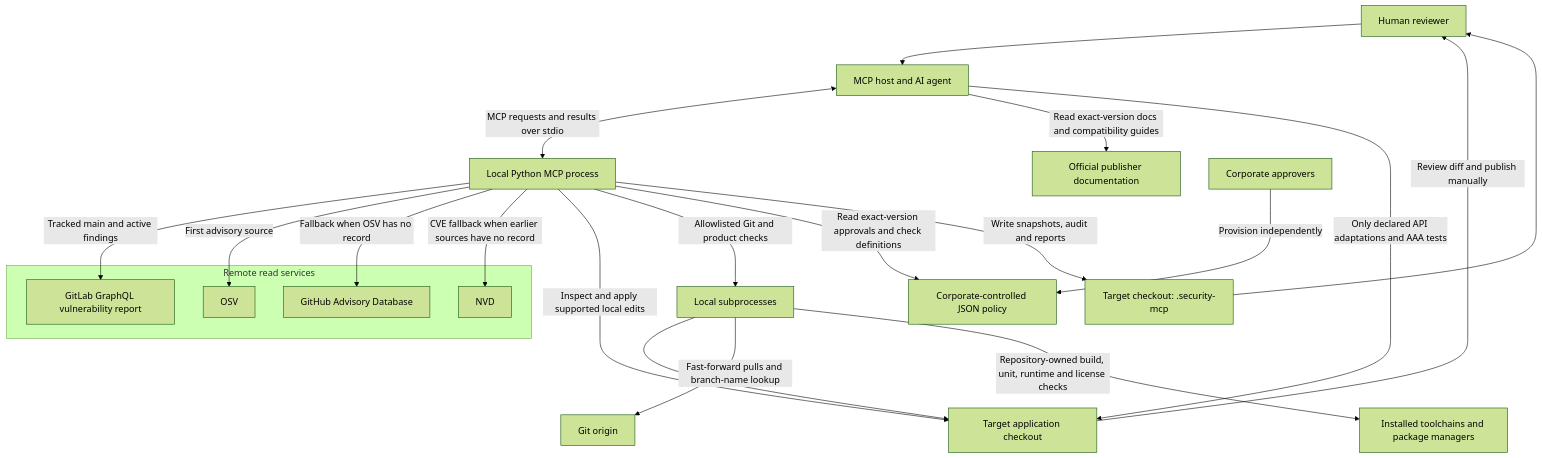
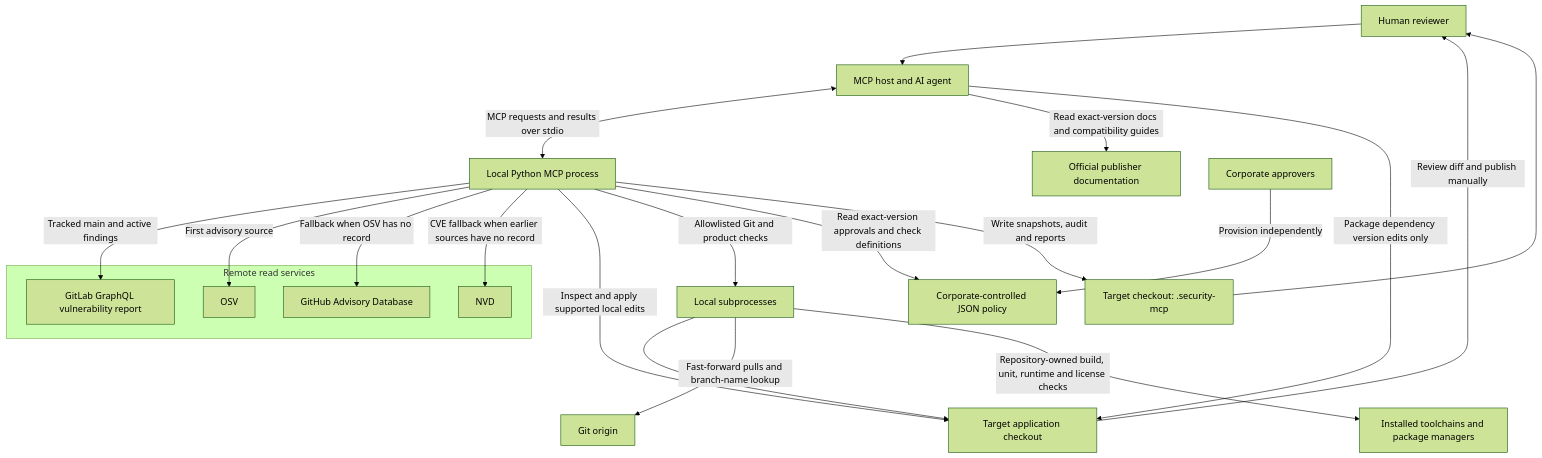
Before and after one commit to jprejsnar/security-mcp-fixer: the first of 4 diagrams in README.md, drawn with Mermaid (forest theme). The commit also changed other lines of this file and 10 other files, not shown here.

````diff
--- a/README.md
+++ b/README.md
@@ -43,29 +44,29 @@
 ```mermaid
 flowchart TB
   reviewer["Human reviewer"] --> host["MCP host and AI agent"]
   host <-->|"MCP requests and results over stdio"| server["Local Python MCP process"]
   host -->|"Read exact-version docs and compatibility guides"| publisher["Official publisher documentation"]
-  host -->|"Only declared API adaptations and AAA tests"| checkout["Target application checkout"]
+  host -->|"Package dependency version edits only"| checkout["Target application checkout"]
 
   subgraph remoteServices["Remote read services"]
     gitlab["GitLab GraphQL vulnerability report"]
     osv["OSV"]
     github["GitHub Advisory Database"]
     nvd["NVD"]
   end
 
   server -->|"Tracked main and active findings"| gitlab
   server -->|"First advisory source"| osv
   server -->|"Fallback when OSV has no record"| github
   server -->|"CVE fallback when earlier sources have no record"| nvd
   server -->|"Inspect and apply supported local edits"| checkout
   server -->|"Allowlisted Git and product checks"| commands["Local subprocesses"]
   commands --> checkout
   commands -->|"Fast-forward pulls and branch-name lookup"| origin["Git origin"]
   commands -->|"Repository-owned build, unit, runtime and license checks"| product["Installed toolchains and package managers"]
   server -->|"Read exact-version approvals and check definitions"| policy["Corporate-controlled JSON policy"]
   approver["Corporate approvers"] -->|"Provision independently"| policy
   server -->|"Write snapshots, audit and reports"| artifacts["Target checkout: .security-mcp"]
   artifacts --> reviewer
   checkout -->|"Review diff and publish manually"| reviewer
 ```
````
